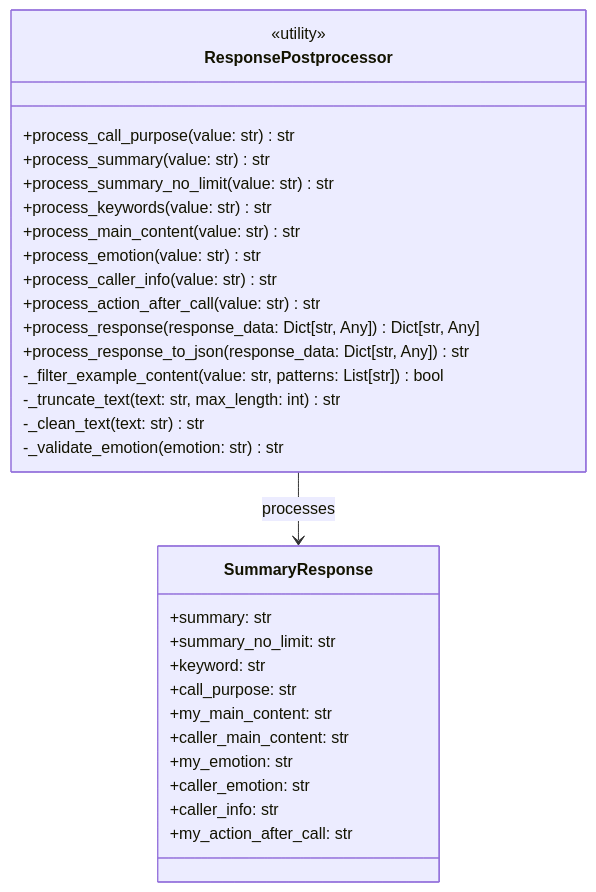
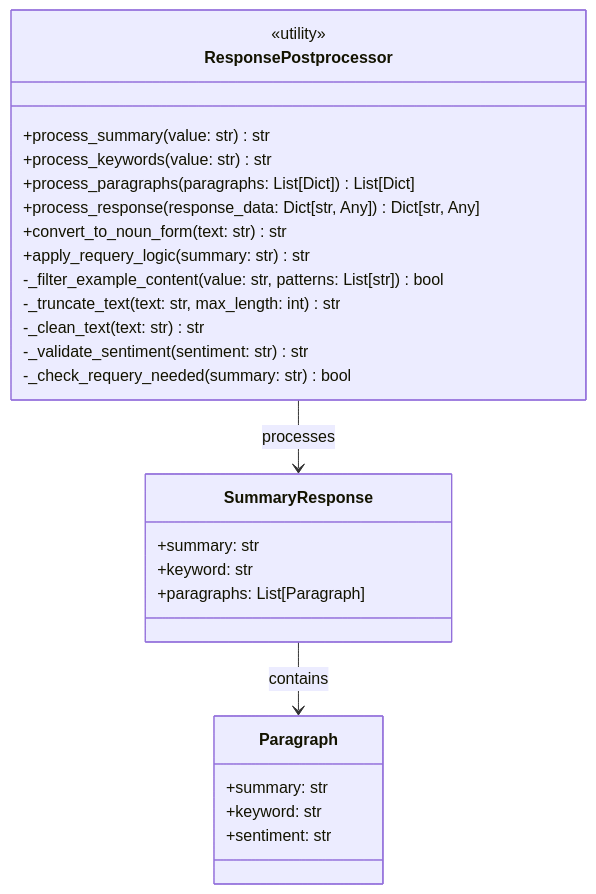
One commit to hak023/gemma-summarizer-poc changed the fourth of 8 diagrams in class_diagram.md. Above: the diagram before and after it, drawn with Mermaid. The commit also changed other lines of this file and 2 other files, not shown here.

Commit message:
다이어그램 현행화: 현재 시스템 구조에 맞게 업데이트
- 모델명 변경: gemma-3-1b-it-Q8_0.gguf → Midm-2.0-Mini-Instruct-Q4_K_M.gguf
- JSON 구조 현행화: {summary, keyword, paragraphs} 구조로 변경
- 후처리 필드 간소화: 10개 필드 → 3개 필드 (summary, keyword, paragraphs)
- 새로운 기능 반영: 재질의 로직(120byte), 동사→명사 변환, JSON 복구 시스템
- ResponsePostprocessor 클래스 메서드 업데이트
- JSONRepair 클래스 추가 및 관계 정의
- 시퀀스 다이어그램의 처리 흐름 현행화

````diff
--- a/class_diagram.md
+++ b/class_diagram.md
@@ -190,37 +193,34 @@
 ```mermaid
 classDiagram
     class ResponsePostprocessor {
         <<utility>>
         
-        +process_call_purpose(value: str) str
         +process_summary(value: str) str
-        +process_summary_no_limit(value: str) str
         +process_keywords(value: str) str
-        +process_main_content(value: str) str
-        +process_emotion(value: str) str
-        +process_caller_info(value: str) str
-        +process_action_after_call(value: str) str
+        +process_paragraphs(paragraphs: List[Dict]) List[Dict]
         +process_response(response_data: Dict[str, Any]) Dict[str, Any]
-        +process_response_to_json(response_data: Dict[str, Any]) str
+        +convert_to_noun_form(text: str) str
+        +apply_requery_logic(summary: str) str
         
         -_filter_example_content(value: str, patterns: List[str]) bool
         -_truncate_text(text: str, max_length: int) str
         -_clean_text(text: str) str
-        -_validate_emotion(emotion: str) str
+        -_validate_sentiment(sentiment: str) str
+        -_check_requery_needed(summary: str) bool
     }
 
     class SummaryResponse {
         +summary: str
-        +summary_no_limit: str
         +keyword: str
-        +call_purpose: str
-        +my_main_content: str
-        +caller_main_content: str
-        +my_emotion: str
-        +caller_emotion: str
-        +caller_info: str
-        +my_action_after_call: str
+        +paragraphs: List[Paragraph]
+    }
+
+    class Paragraph {
+        +summary: str
+        +keyword: str
+        +sentiment: str
     }
 
     ResponsePostprocessor --> SummaryResponse : processes
+    SummaryResponse --> Paragraph : contains
 ```
````
